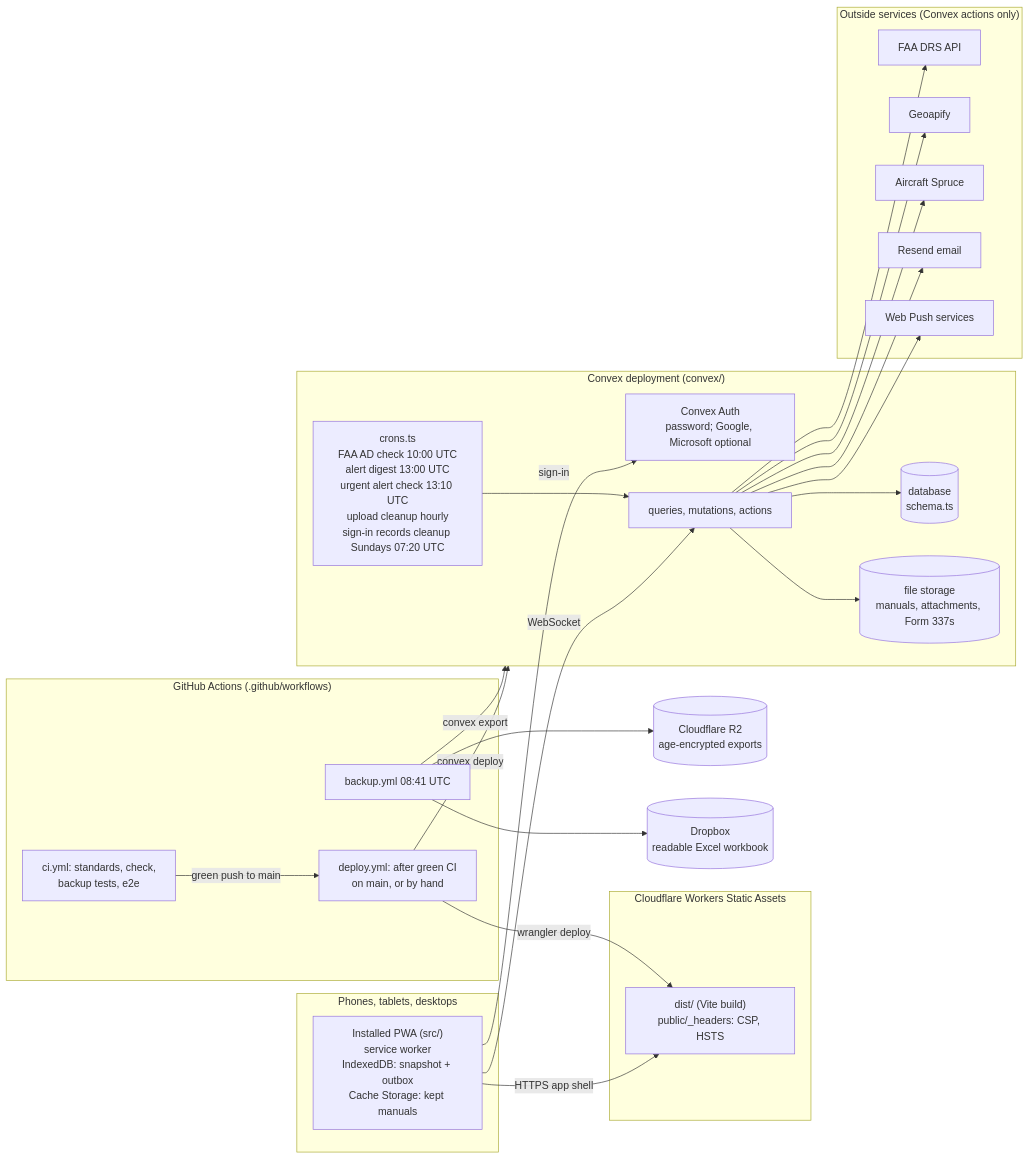
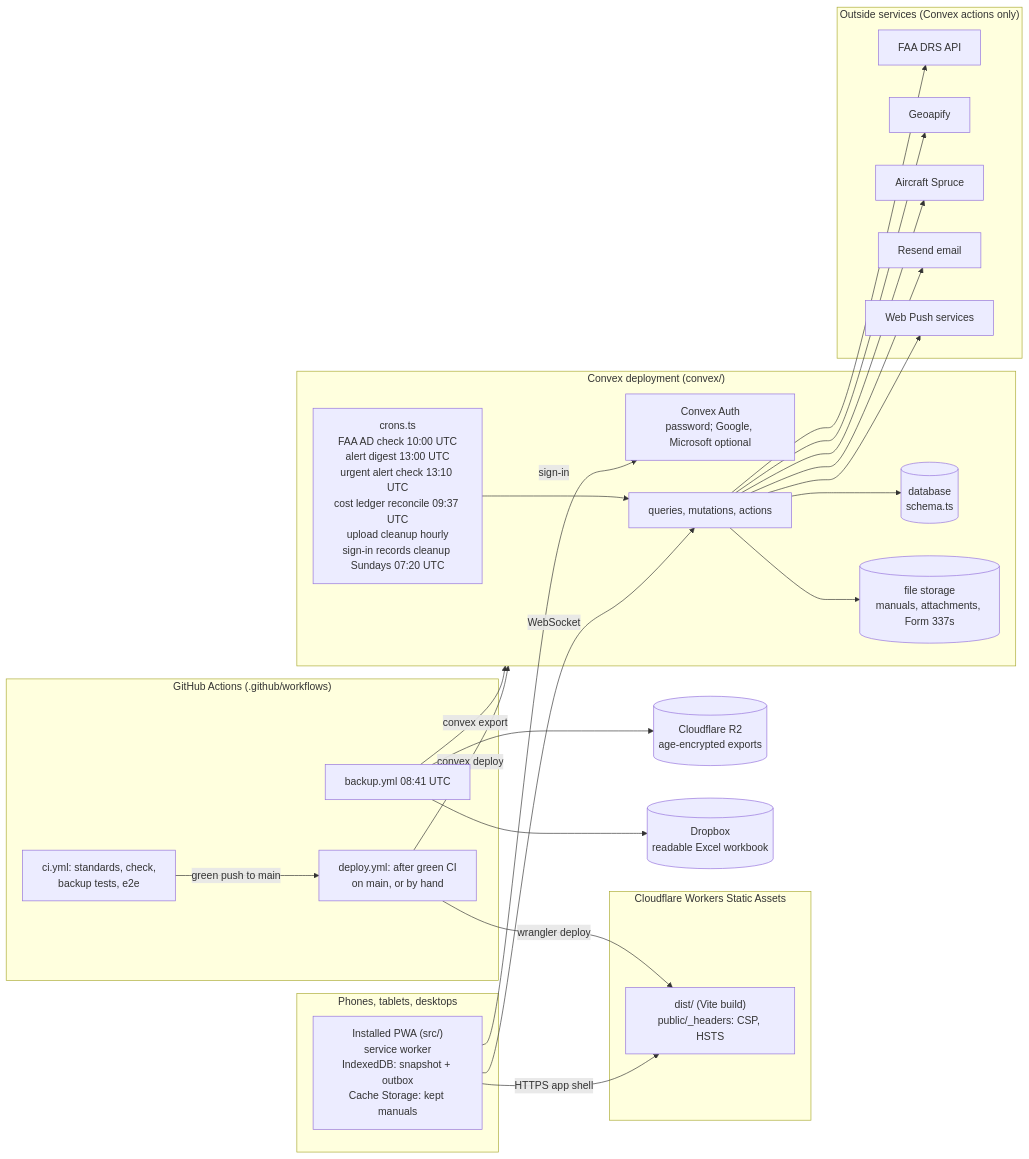
The first of 3 diagrams in CONTEXT.md (angelone-aviation/AO-aircraft-maintenance), drawn with Mermaid before and after one commit. The commit also changed other lines of this file and 3 other files, not shown here.

First line of the commit message:
Document the cost ledger and how to rebuild it

````diff
--- a/CONTEXT.md
+++ b/CONTEXT.md
@@ -11,48 +11,48 @@
 ```mermaid
 flowchart LR
   subgraph Devices["Phones, tablets, desktops"]
     PWA["Installed PWA (src/)<br/>service worker<br/>IndexedDB: snapshot + outbox<br/>Cache Storage: kept manuals"]
   end
   subgraph CF["Cloudflare Workers Static Assets"]
     Static["dist/ (Vite build)<br/>public/_headers: CSP, HSTS"]
   end
   subgraph Convex["Convex deployment (convex/)"]
     Auth["Convex Auth<br/>password; Google, Microsoft optional"]
     Fns["queries, mutations, actions"]
     DB[("database<br/>schema.ts")]
     Files[("file storage<br/>manuals, attachments, Form 337s")]
-    Crons["crons.ts<br/>FAA AD check 10:00 UTC<br/>alert digest 13:00 UTC<br/>urgent alert check 13:10 UTC<br/>upload cleanup hourly<br/>sign-in records cleanup Sundays 07:20 UTC"]
+    Crons["crons.ts<br/>FAA AD check 10:00 UTC<br/>alert digest 13:00 UTC<br/>urgent alert check 13:10 UTC<br/>cost ledger reconcile 09:37 UTC<br/>upload cleanup hourly<br/>sign-in records cleanup Sundays 07:20 UTC"]
   end
   subgraph Ext["Outside services (Convex actions only)"]
     FAA["FAA DRS API"]
     Geo["Geoapify"]
     Spruce["Aircraft Spruce"]
     Resend["Resend email"]
     Push["Web Push services"]
   end
   subgraph GH["GitHub Actions (.github/workflows)"]
     CI["ci.yml: standards, check,<br/>backup tests, e2e"]
     Deploy["deploy.yml: after green CI<br/>on main, or by hand"]
     Nightly["backup.yml 08:41 UTC"]
   end
   R2[("Cloudflare R2<br/>age-encrypted exports")]
   Dropbox[("Dropbox<br/>readable Excel workbook")]
 
   PWA -->|HTTPS app shell| Static
   PWA -->|WebSocket| Fns
   PWA -->|sign-in| Auth
   Fns --> DB
   Fns --> Files
   Crons --> Fns
   Fns --> FAA
   Fns --> Geo
   Fns --> Spruce
   Fns --> Resend
   Fns --> Push
   CI -->|green push to main| Deploy
   Deploy -->|convex deploy| Convex
   Deploy -->|wrangler deploy| Static
   Nightly -->|convex export| Convex
   Nightly --> R2
   Nightly --> Dropbox
 ```
````
